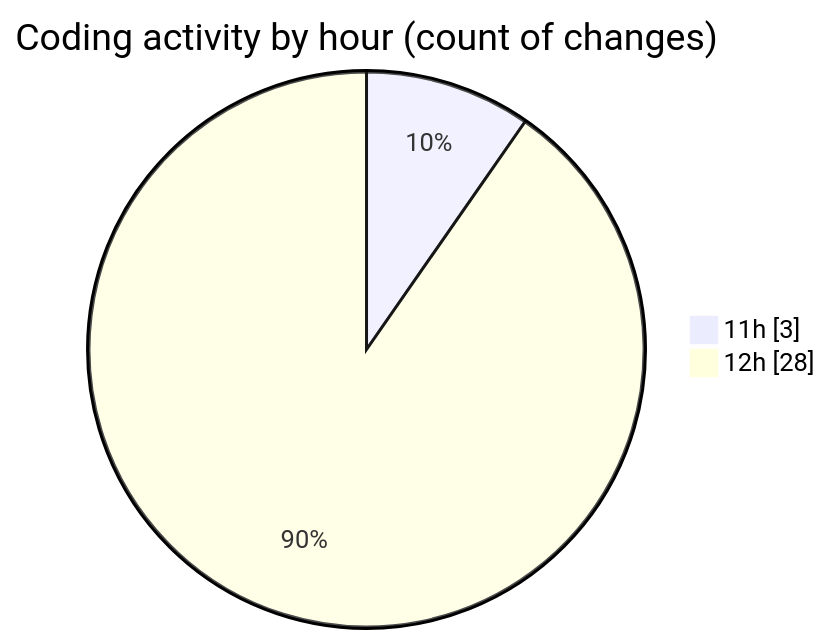
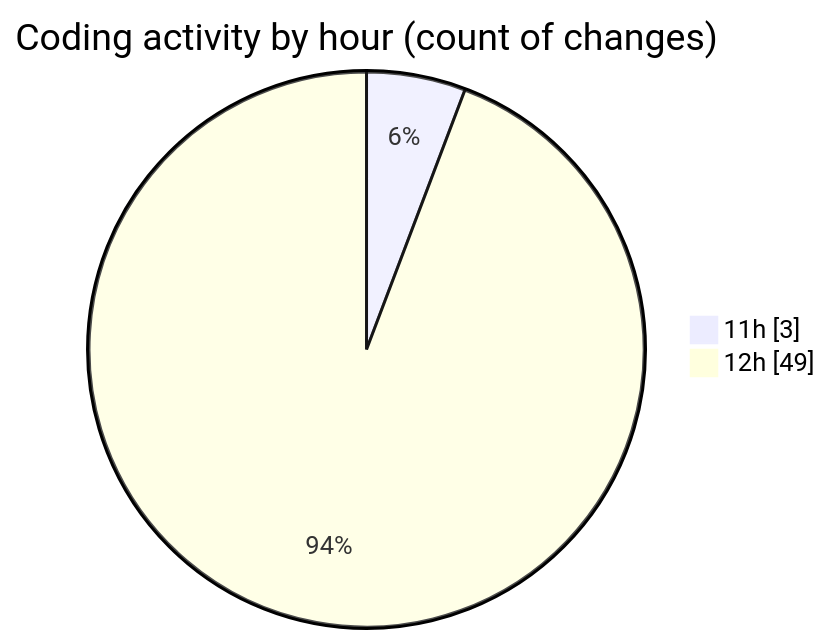
One commit to nxtqubesakshisongat/code-tracking changed the second of 2 diagrams in 2025-11-03/nxtqube_webapp/README.md. Above: the diagram before and after it, drawn with Mermaid. The commit also changed other lines of this file and 1 other file, not shown here.

````diff
--- a/2025-11-03/nxtqube_webapp/README.md
+++ b/2025-11-03/nxtqube_webapp/README.md
@@ -37,6 +37,6 @@
 ```mermaid
 pie showData
 title Coding activity by hour (count of changes)
 "11h" : 3
-"12h" : 28
+"12h" : 49
 ```
````
